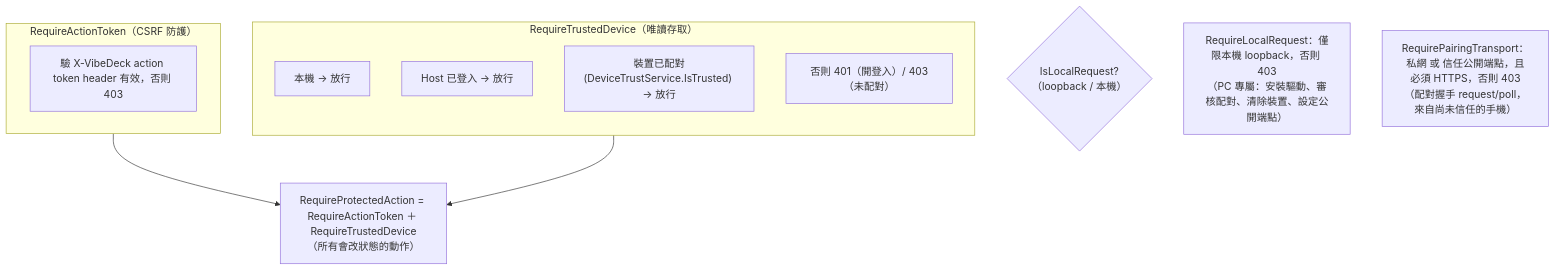
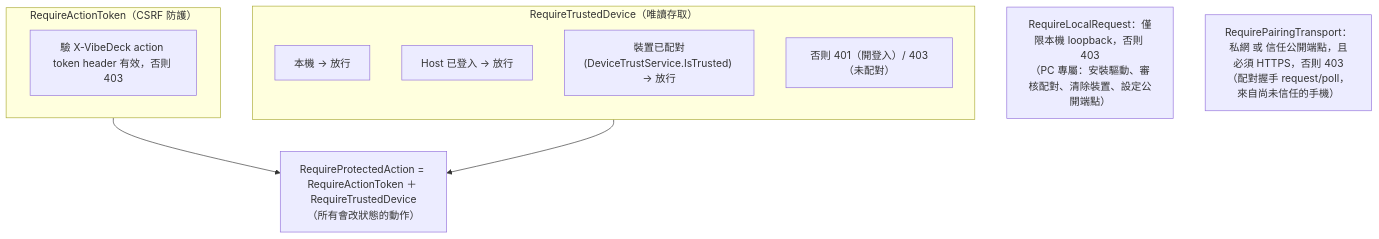
One commit to mabyes1/phoneMonitor changed the third of 3 diagrams in docs/host-endpoint-architecture.md. Above: the diagram before and after it, drawn with Mermaid. The commit also changed other lines of this file, not shown here.

Commit message:
docs: update host architecture map for streaming endpoint extraction

````diff
--- a/docs/host-endpoint-architecture.md
+++ b/docs/host-endpoint-architecture.md
@@ -109,23 +109,21 @@
 ```mermaid
 flowchart TD
-    LOCALQ{"IsLocalRequest?<br/>（loopback / 本機）"}
-
     subgraph G1["RequireTrustedDevice（唯讀存取）"]
       direction TB
       T1["本機 → 放行"]
       T2["Host 已登入 → 放行"]
       T3["裝置已配對(DeviceTrustService.IsTrusted) → 放行"]
       T4["否則 401（開登入）/ 403（未配對）"]
     end
 
     subgraph G2["RequireActionToken（CSRF 防護）"]
       A1["驗 X-VibeDeck action token header 有效，否則 403"]
     end
 
     PROT["RequireProtectedAction = RequireActionToken ＋ RequireTrustedDevice<br/>（所有會改狀態的動作）"]
     LOCAL["RequireLocalRequest：僅限本機 loopback，否則 403<br/>（PC 專屬：安裝驅動、審核配對、清除裝置、設定公開端點）"]
     PAIR["RequirePairingTransport：私網 或 信任公開端點，且必須 HTTPS，否則 403<br/>（配對握手 request/poll，來自尚未信任的手機）"]
 
     G2 --> PROT
     G1 --> PROT
 ```
````
